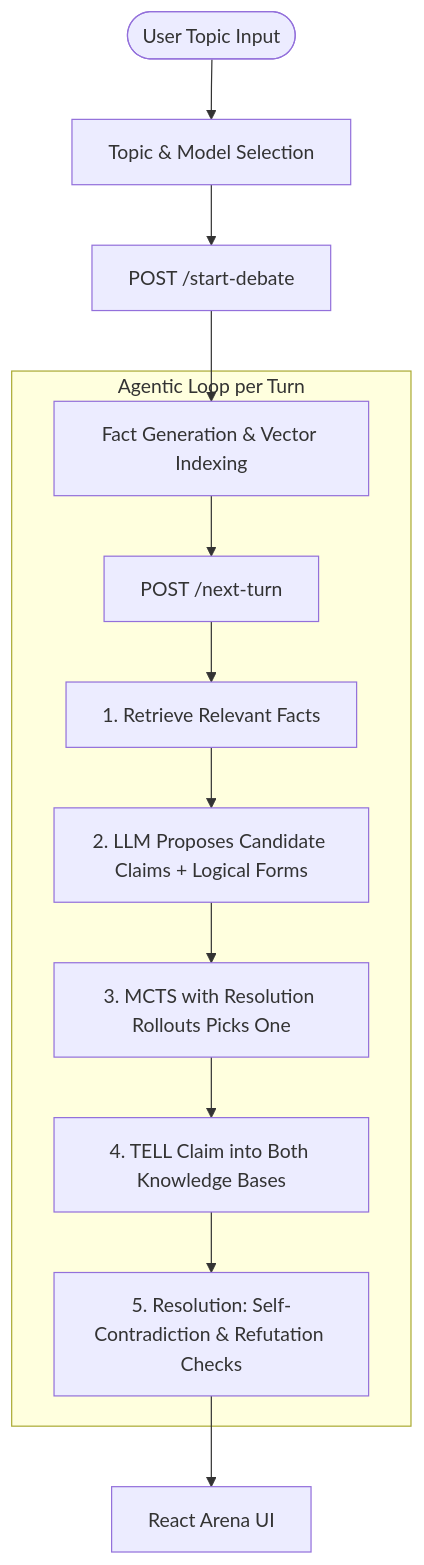
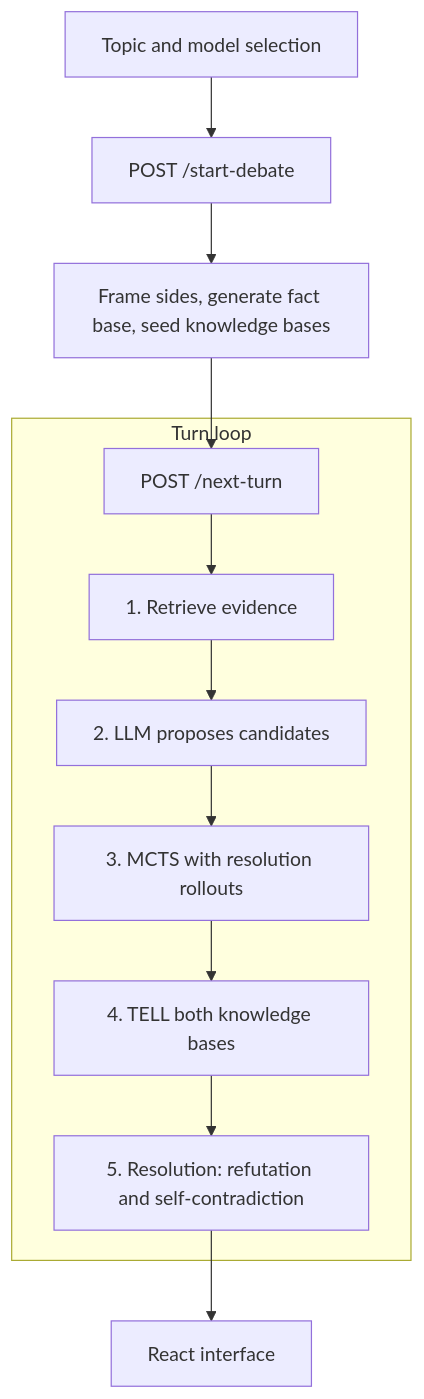
Before and after one commit to AdhithyaSivaraj/Agentic-Debate-Prep-Arena-Using-MCTS: the diagram in README.md, drawn with Mermaid. The commit also changed other lines of this file and 1 other file, not shown here.

````diff
--- a/README.md
+++ b/README.md
@@ -28,17 +21,14 @@
 ```mermaid
 graph TD
-    User([User Topic Input]) --> Setup[Topic & Model Selection]
-    Setup --> StartDebate[POST /start-debate]
-    StartDebate --> FactGen[Fact Generation & Vector Indexing]
-    
-    subgraph Agentic Loop per Turn
-        FactGen --> TurnReq[POST /next-turn]
-        TurnReq --> Retrieval[1. Retrieve Relevant Facts]
-        Retrieval --> Propose[2. LLM Proposes Candidate Claims + Logical Forms]
-        Propose --> MCTS[3. MCTS with Resolution Rollouts Picks One]
-        MCTS --> Tell[4. TELL Claim into Both Knowledge Bases]
-        Tell --> Resolution[5. Resolution: Self-Contradiction & Refutation Checks]
+    Topic[Topic and model selection] --> Start[POST /start-debate]
+    Start --> Frame[Frame sides, generate fact base, seed knowledge bases]
+    Frame --> Turn[POST /next-turn]
+    subgraph Turn loop
+        Turn --> Retrieve[1. Retrieve evidence]
+        Retrieve --> Propose[2. LLM proposes candidates]
+        Propose --> MCTS[3. MCTS with resolution rollouts]
+        MCTS --> Tell[4. TELL both knowledge bases]
+        Tell --> Check[5. Resolution: refutation and self-contradiction]
     end
-    
-    Resolution --> UI[React Arena UI]
+    Check --> UI[React interface]
 ```
````
